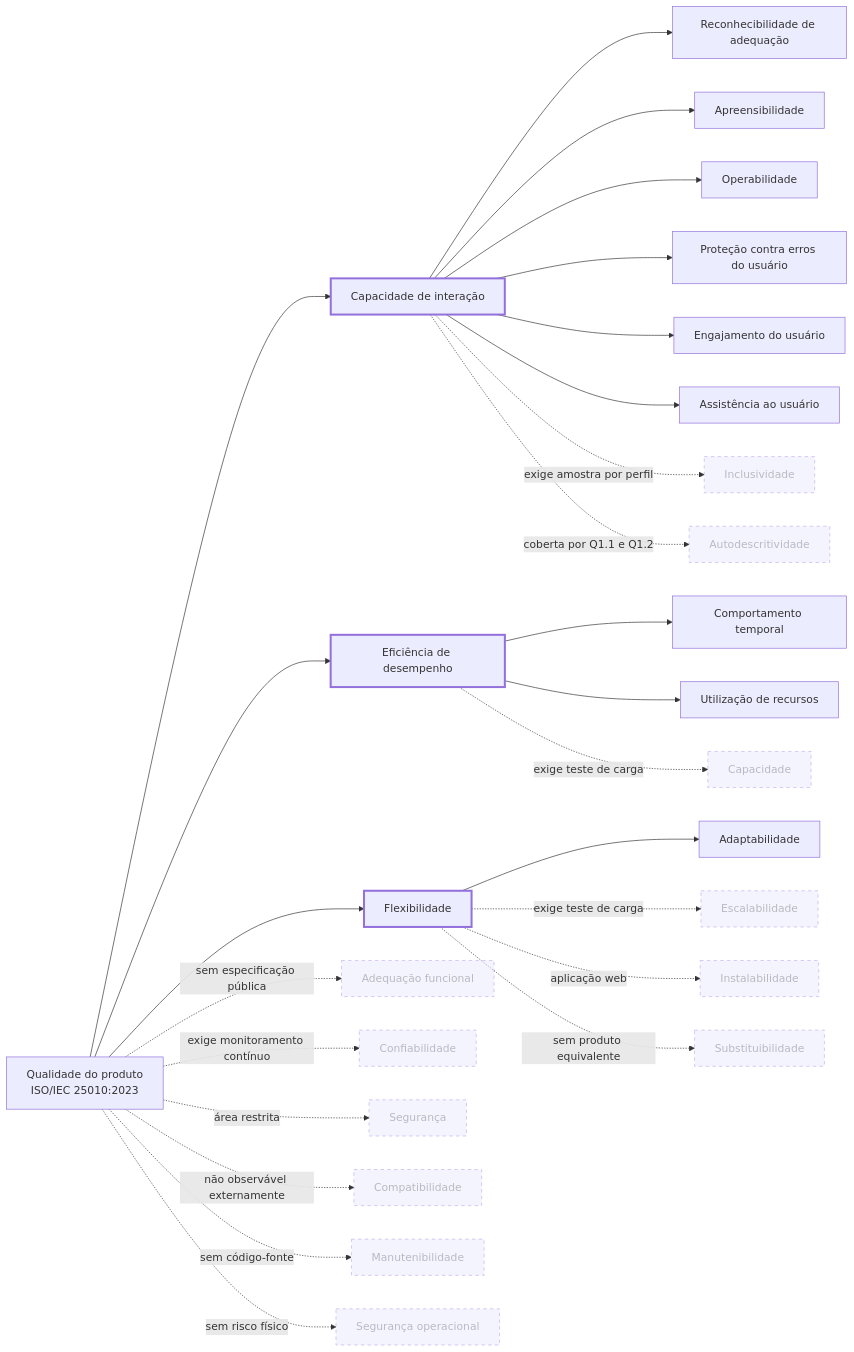
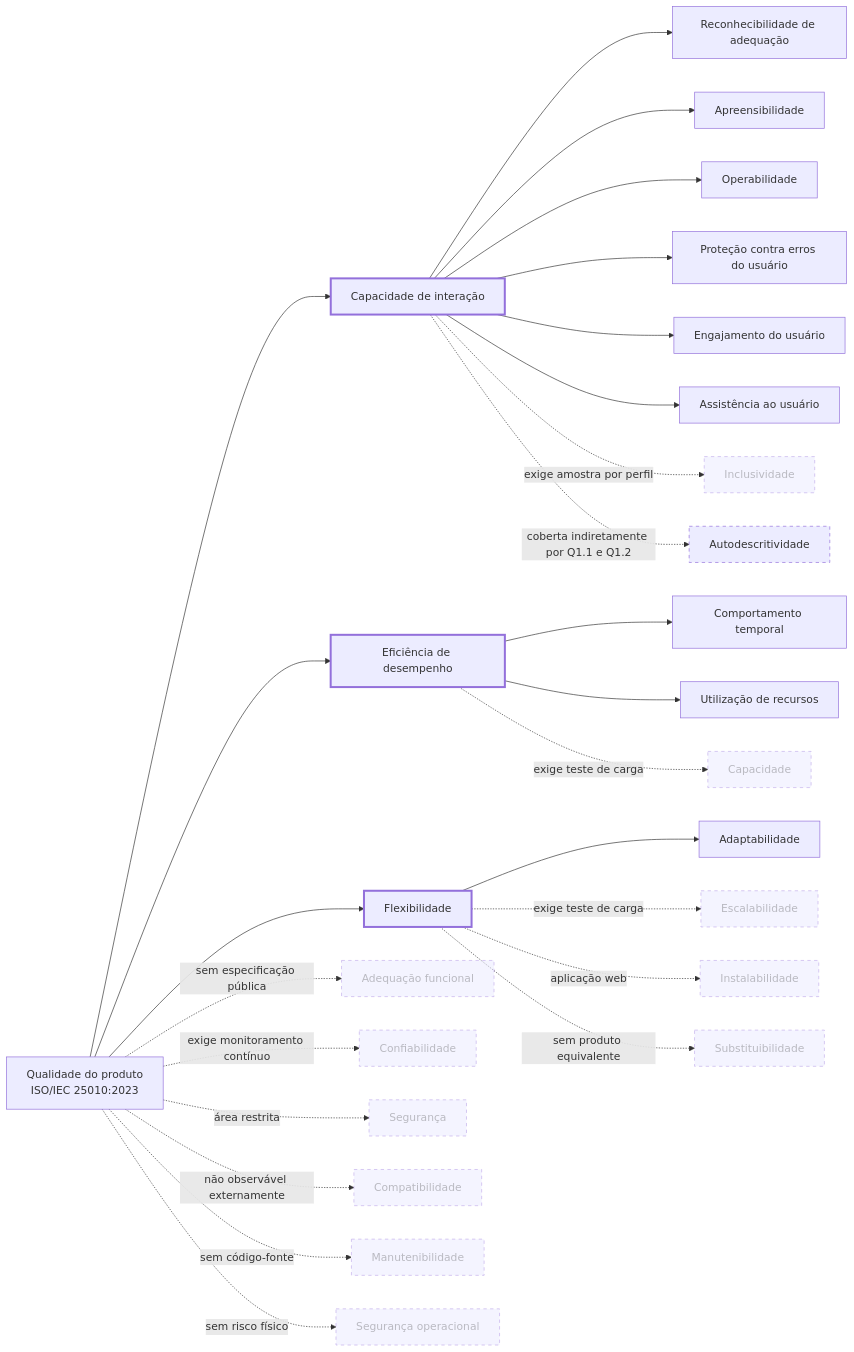
One commit to FCTE-Qualidade-de-Software-1/2026-2_T02_DOROTHY_JOHSON changed the second of 2 diagrams in docs/fase-1/index.md. Above: the diagram before and after it, drawn with Mermaid. The commit also changed other lines of this file and 1 other file, not shown here.

````diff
--- a/docs/fase-1/index.md
+++ b/docs/fase-1/index.md
@@ -240,37 +240,39 @@
 ```mermaid
 flowchart LR
     Q["Qualidade do produto<br/>ISO/IEC 25010:2023"]
 
     Q --> US[Capacidade de interação]
     Q --> EF[Eficiência de desempenho]
     Q --> PO[Flexibilidade]
     Q -.->|sem especificação pública| AF[Adequação funcional]
     Q -.->|exige monitoramento contínuo| CF[Confiabilidade]
     Q -.->|área restrita| SE[Segurança]
     Q -.->|não observável externamente| CO[Compatibilidade]
     Q -.->|sem código-fonte| MA[Manutenibilidade]
     Q -.->|sem risco físico| SO[Segurança operacional]
 
     US --> US1[Reconhecibilidade de adequação]
     US --> US2[Apreensibilidade]
     US --> US3[Operabilidade]
     US --> US4[Proteção contra erros do usuário]
     US --> US5[Engajamento do usuário]
     US --> US6[Assistência ao usuário]
     US -.->|exige amostra por perfil| US7[Inclusividade]
-    US -.->|coberta por Q1.1 e Q1.2| US8[Autodescritividade]
+    US -.->|coberta indiretamente por Q1.1 e Q1.2| US8[Autodescritividade]
 
     EF --> EF1[Comportamento temporal]
     EF --> EF2[Utilização de recursos]
     EF -.->|exige teste de carga| EF3[Capacidade]
 
     PO --> PO1[Adaptabilidade]
     PO -.->|exige teste de carga| PO4[Escalabilidade]
     PO -.->|aplicação web| PO2[Instalabilidade]
     PO -.->|sem produto equivalente| PO3[Substituibilidade]
 
     classDef selecionada stroke-width:3px
     classDef fora stroke-dasharray:5 5,opacity:0.55
+    classDef indireta stroke-dasharray:5 5
     class US,EF,PO selecionada
-    class AF,CF,SE,CO,MA,SO,US7,US8,EF3,PO2,PO3,PO4 fora
+    class AF,CF,SE,CO,MA,SO,US7,EF3,PO2,PO3,PO4 fora
+    class US8 indireta
 ```
````
